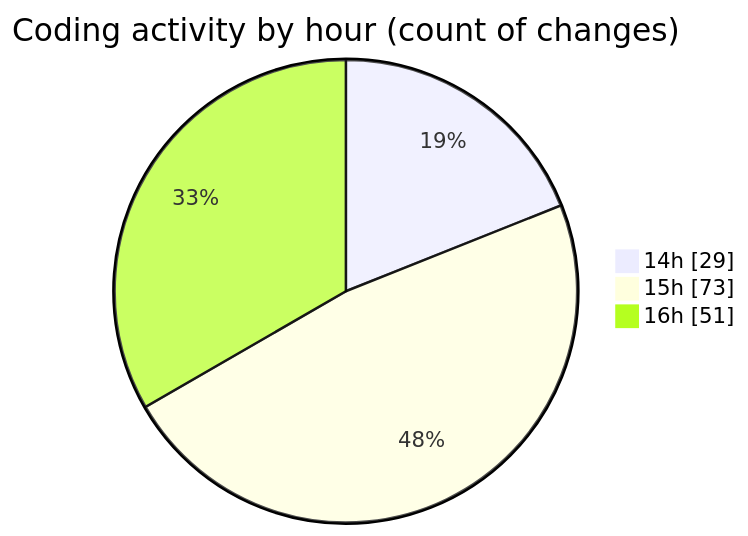
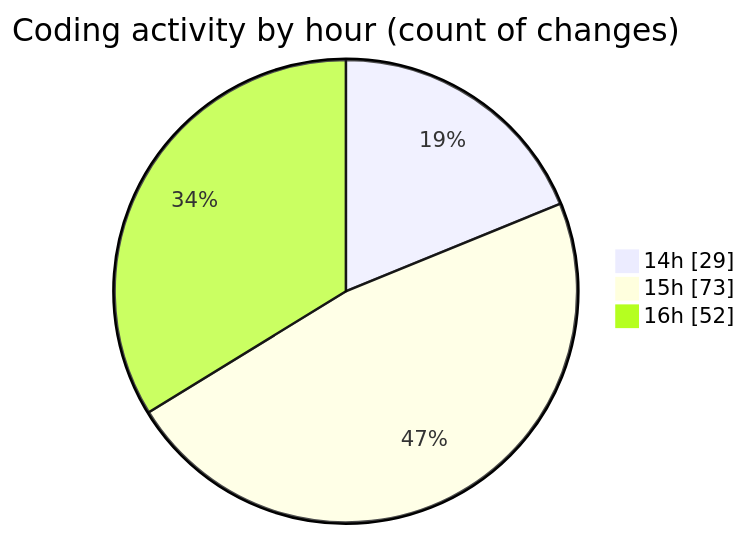
One commit to CELIANVF/code-tracking changed the second of 2 diagrams in 2025-06-05/ecodeli-1/README.md. Above: the diagram before and after it, drawn with Mermaid. The commit also changed other lines of this file and 1 other file, not shown here.

````diff
--- a/2025-06-05/ecodeli-1/README.md
+++ b/2025-06-05/ecodeli-1/README.md
@@ -80,7 +81,7 @@
 ```mermaid
 pie showData
 title Coding activity by hour (count of changes)
 "14h" : 29
 "15h" : 73
-"16h" : 51
+"16h" : 52
 ```
````
